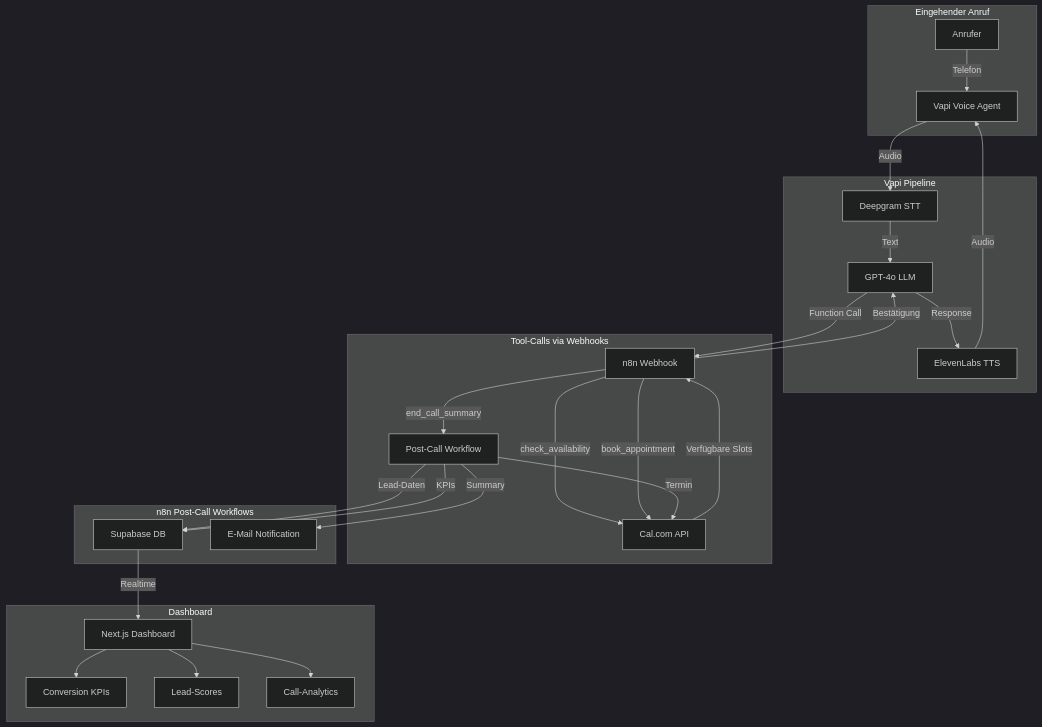
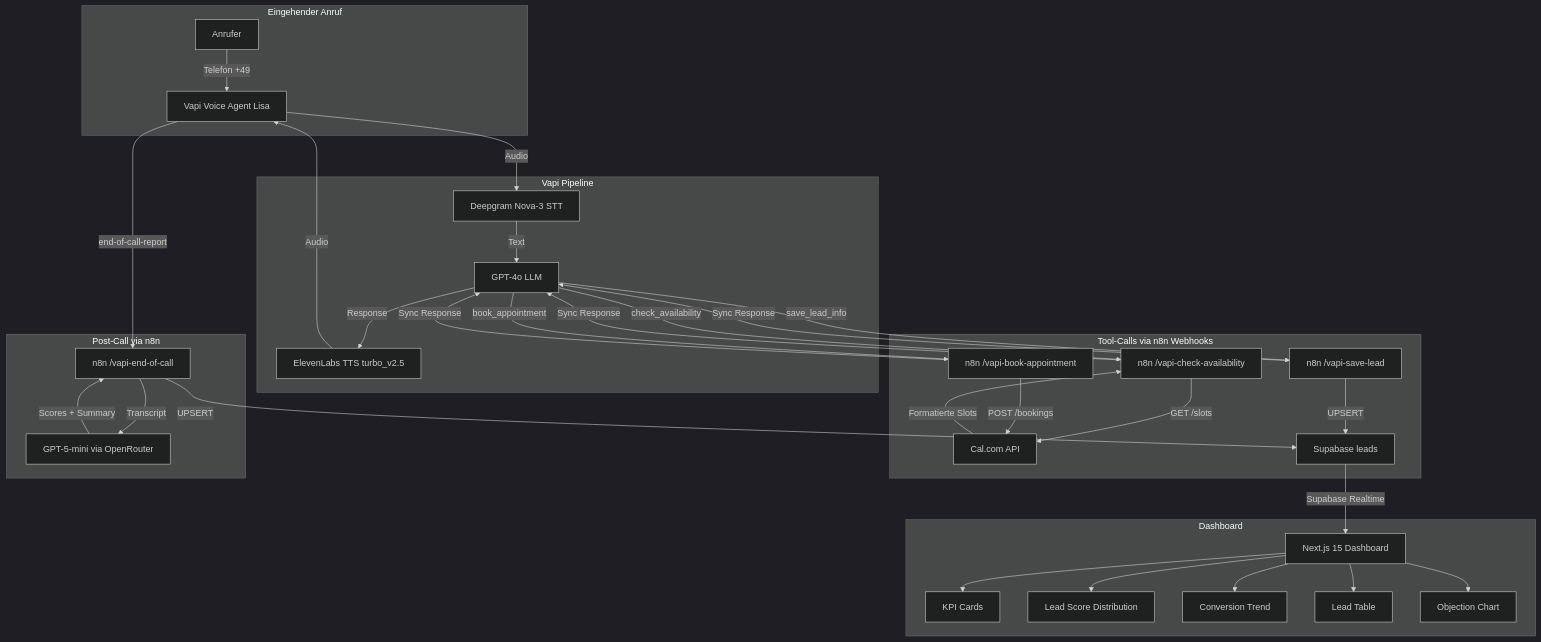
The first of 2 diagrams in PROJEKTPLAN.md (FynnL00/Everlast-AI-Voice-Agent-f-r-Business-Development), drawn with Mermaid (dark theme) before and after one commit. The commit also changed other lines of this file and 8 other files, not shown here.

First line of the commit message:
Update project config for GPT-5-mini via OpenRouter and add n8n workflow scaffolding

````diff
--- a/PROJEKTPLAN.md
+++ b/PROJEKTPLAN.md
@@ -47,36 +52,42 @@
 ```mermaid
 graph TB
     subgraph "Eingehender Anruf"
-        A[Anrufer] -->|Telefon| B[Vapi Voice Agent]
+        A[Anrufer] -->|Telefon +49| B[Vapi Voice Agent Lisa]
     end
 
     subgraph "Vapi Pipeline"
-        B -->|Audio| C[Deepgram STT]
+        B -->|Audio| C[Deepgram Nova-3 STT]
         C -->|Text| D[GPT-4o LLM]
-        D -->|Response| E[ElevenLabs TTS]
+        D -->|Response| E[ElevenLabs TTS turbo_v2.5]
         E -->|Audio| B
     end
 
-    subgraph "Tool-Calls via Webhooks"
-        D -->|Function Call| F[n8n Webhook]
-        F -->|check_availability| G[Cal.com API]
-        F -->|book_appointment| G
-        F -->|end_call_summary| H[Post-Call Workflow]
-        G -->|Verfügbare Slots| F
-        F -->|Bestätigung| D
+    subgraph "Tool-Calls via n8n Webhooks"
+        D -->|check_availability| F1[n8n /vapi-check-availability]
+        D -->|book_appointment| F2[n8n /vapi-book-appointment]
+        D -->|save_lead_info| F3[n8n /vapi-save-lead]
+        F1 -->|GET /slots| G[Cal.com API]
+        F2 -->|POST /bookings| G
+        F3 -->|UPSERT| I[Supabase leads]
+        G -->|Formatierte Slots| F1
+        F1 -->|Sync Response| D
+        F2 -->|Sync Response| D
+        F3 -->|Sync Response| D
     end
 
-    subgraph "n8n Post-Call Workflows"
-        H -->|Lead-Daten| I[Supabase DB]
-        H -->|Termin| G
-        H -->|Summary| J[E-Mail Notification]
-        H -->|KPIs| I
+    subgraph "Post-Call via n8n"
+        B -->|end-of-call-report| H[n8n /vapi-end-of-call]
+        H -->|Transcript| J[GPT-5-mini via OpenRouter]
+        J -->|Scores + Summary| H
+        H -->|UPSERT| I
     end
 
     subgraph "Dashboard"
-        I -->|Realtime| K[Next.js Dashboard]
-        K --> L[Conversion KPIs]
-        K --> M[Lead-Scores]
-        K --> N[Call-Analytics]
+        I -->|Supabase Realtime| K[Next.js 15 Dashboard]
+        K --> L[KPI Cards]
+        K --> M[Lead Score Distribution]
+        K --> N[Conversion Trend]
+        K --> O[Lead Table]
+        K --> P[Objection Chart]
     end
 ```
````
